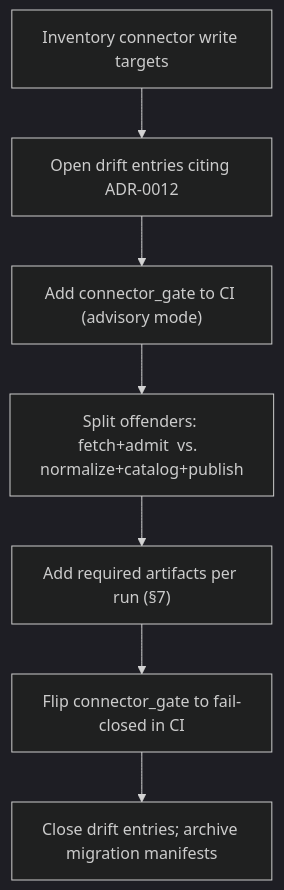
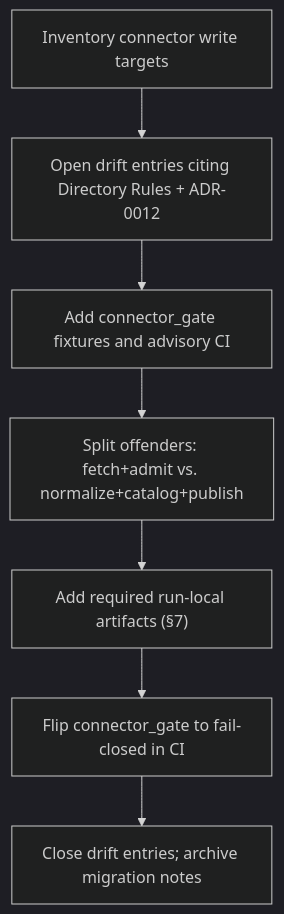
The second of 2 diagrams in docs/adr/ADR-0012-connector-outputs-to-data-raw-or-data-quarantine-only.md (bartytime4life/Kansas-Frontier-Matrix), drawn with Mermaid (dark theme) before and after one commit. The commit also changed other lines of this file, not shown here.

````diff
--- a/docs/adr/ADR-0012-connector-outputs-to-data-raw-or-data-quarantine-only.md
+++ b/docs/adr/ADR-0012-connector-outputs-to-data-raw-or-data-quarantine-only.md
@@ -391,9 +499,9 @@
 ```mermaid
 flowchart TB
-    A["Inventory connector write targets"] --> B["Open drift entries citing ADR-0012"]
-    B --> C["Add connector_gate to CI (advisory mode)"]
-    C --> D["Split offenders: fetch+admit  vs.  normalize+catalog+publish"]
-    D --> E["Add required artifacts per run (§7)"]
+    A["Inventory connector write targets"] --> B["Open drift entries citing Directory Rules + ADR-0012"]
+    B --> C["Add connector_gate fixtures and advisory CI"]
+    C --> D["Split offenders: fetch+admit vs. normalize+catalog+publish"]
+    D --> E["Add required run-local artifacts (§7)"]
     E --> F["Flip connector_gate to fail-closed in CI"]
-    F --> G["Close drift entries; archive migration manifests"]
+    F --> G["Close drift entries; archive migration notes"]
 ```
````
